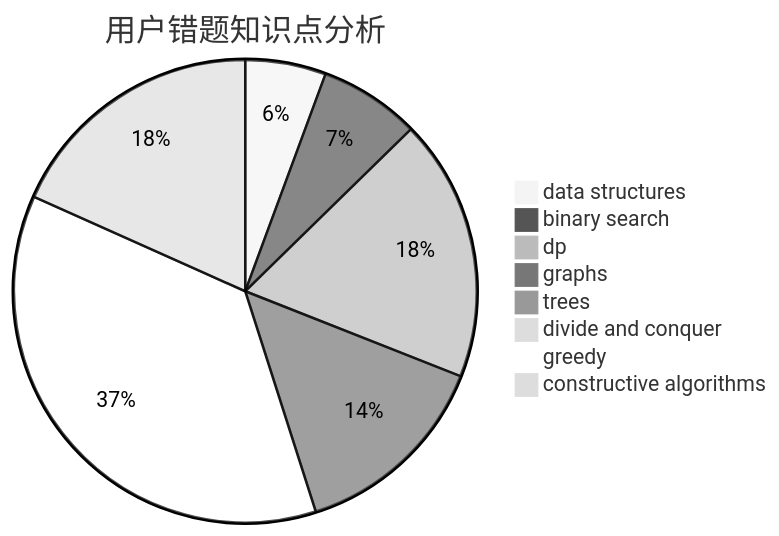
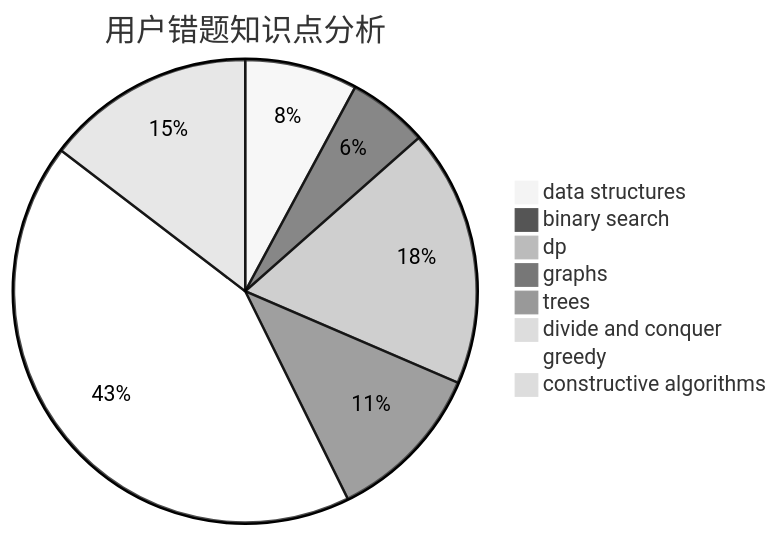
One commit to sherpahu/cfrs.github.io changed the third of 3 diagrams in docs/user/u1290.md. Above: the diagram before and after it, drawn with Mermaid (neutral theme). The commit also changed other lines of this file and 2770 other files, not shown here.

````diff
--- a/docs/user/u1290.md
+++ b/docs/user/u1290.md
@@ -36,11 +36,11 @@
 ```mermaid
 pie title 用户错题知识点分析
-    "data structures" :  4
+    "data structures" :  7
     "binary search" :  5
-    "dp" :  13
+    "dp" :  16
     "graphs" :  10
     "trees" :  0
     "divide and conquer" :  0
-    "greedy" :  26
+    "greedy" :  38
     "constructive algorithms" :  13
 ```
````
